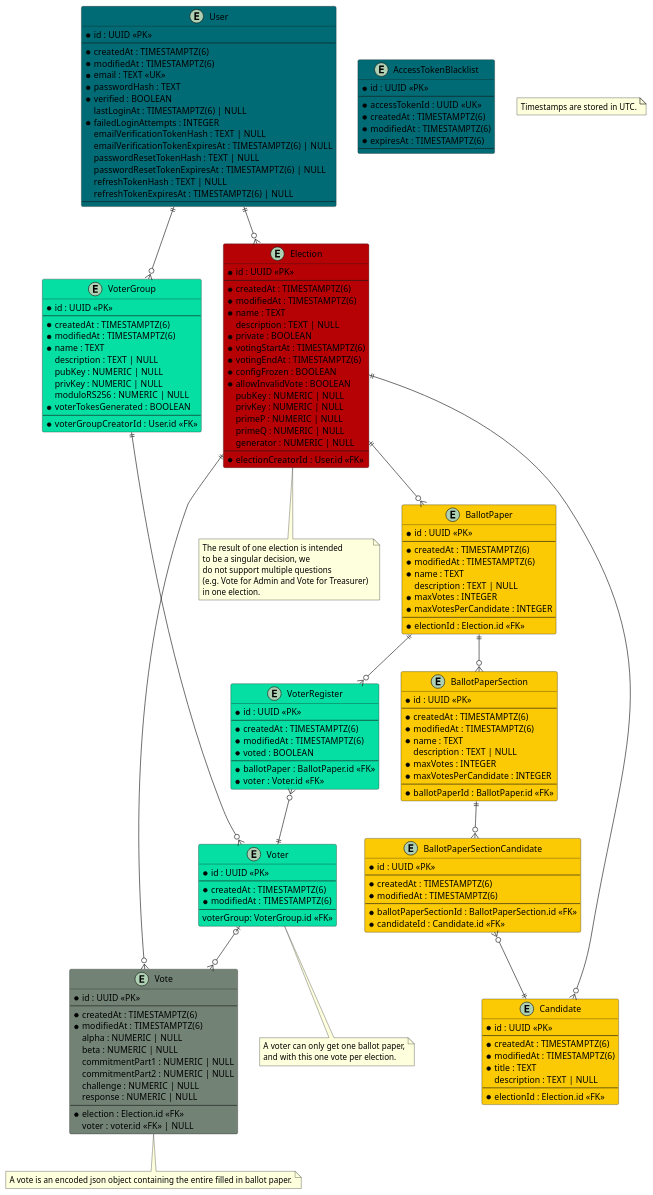
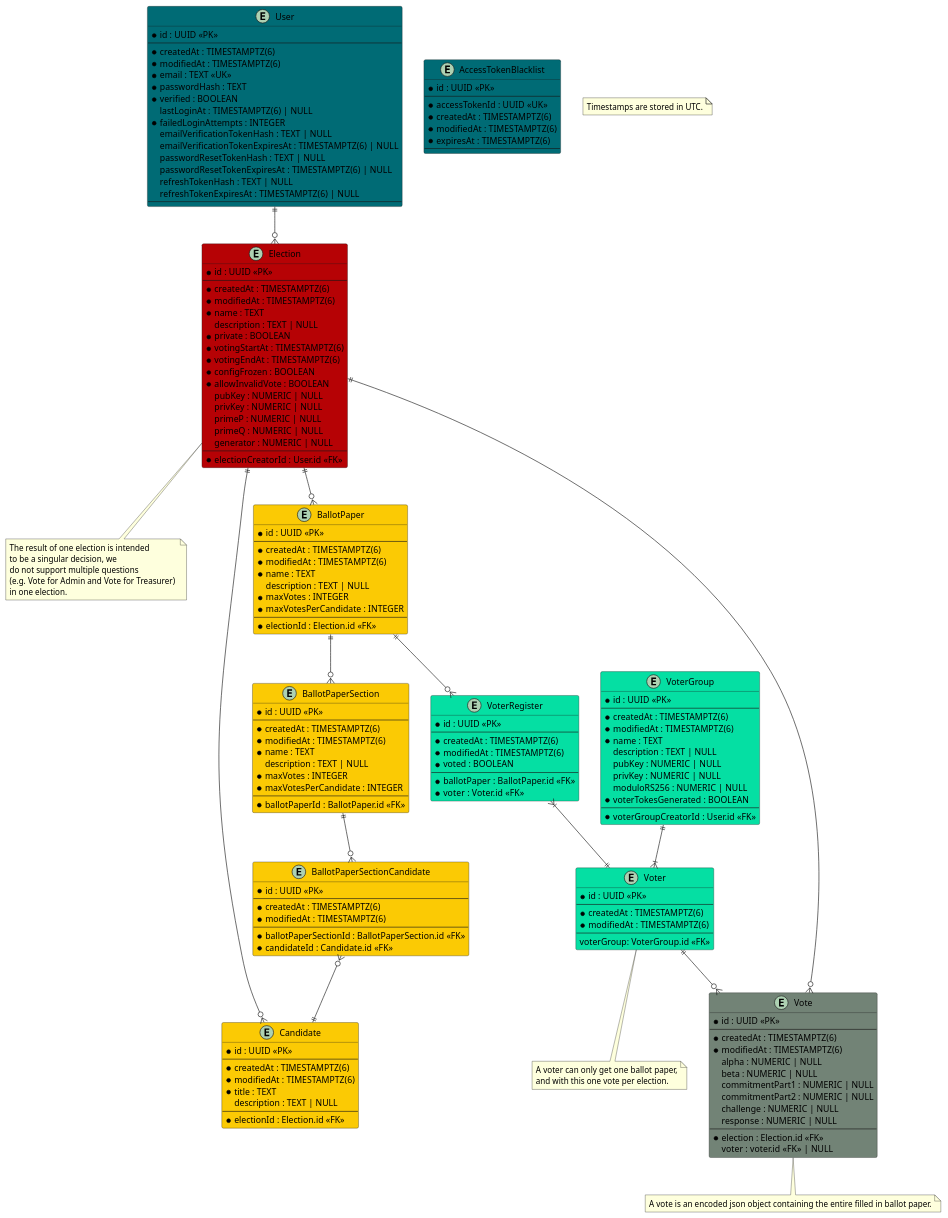
The diagram in apps/docs/static/uml/dataModel.puml (SE-UUlm/votura), drawn with PlantUML before and after one commit. The commit also changed 4 other files, not shown here.

Commit message:
#119: Update voter group schemas and documentation for clarity and constraints

```diff
--- a/apps/docs/static/uml/dataModel.puml
+++ b/apps/docs/static/uml/dataModel.puml
@@ -1,197 +1,196 @@
 @startuml dataModel
 
 entity "User" as user #006b75 {
     * id : UUID <<PK>>
     --
     * createdAt : TIMESTAMPTZ(6)
     * modifiedAt : TIMESTAMPTZ(6)
     * email : TEXT <<UK>>
     * passwordHash : TEXT
     * verified : BOOLEAN
     lastLoginAt : TIMESTAMPTZ(6) | NULL
     ' failed login attempts get reset on successful login
     * failedLoginAttempts : INTEGER
     emailVerificationTokenHash : TEXT | NULL
     emailVerificationTokenExpiresAt : TIMESTAMPTZ(6) | NULL
     passwordResetTokenHash : TEXT | NULL
     passwordResetTokenExpiresAt : TIMESTAMPTZ(6) | NULL
     refreshTokenHash : TEXT | NULL
     refreshTokenExpiresAt : TIMESTAMPTZ(6) | NULL
     --
 }
 
 entity "AccessTokenBlacklist" as jwtBlacklist #006b75 {
     ' this table is used to store blacklisted access tokens
     ' The jti is 36 characters long if we use UUIDv4
     * id : UUID <<PK>>
     --
     * accessTokenId : UUID <<UK>>
     * createdAt : TIMESTAMPTZ(6)
     * modifiedAt : TIMESTAMPTZ(6)
     * expiresAt : TIMESTAMPTZ(6)
     --
 }
 
 entity "Election" as elections #b60205 {
     * id : UUID <<PK>>
     --
     * createdAt : TIMESTAMPTZ(6)
     * modifiedAt : TIMESTAMPTZ(6)
     * name : TEXT
     description : TEXT | NULL
     * private : BOOLEAN
     * votingStartAt : TIMESTAMPTZ(6)
     * votingEndAt : TIMESTAMPTZ(6)
     * configFrozen : BOOLEAN
     * allowInvalidVote : BOOLEAN
     ' Is there a use case for `votesCounted`?
     ' * votesCounted : BOOLEAN
     ' Computed values such as validVotes and invalidVotes are critical - do we really want to store them?
     ' validVotes : NUMERIC | NULL
     ' invalidVotes : NUMERIC | NULL
     pubKey : NUMERIC | NULL
     privKey : NUMERIC | NULL
     primeP : NUMERIC | NULL
     primeQ : NUMERIC | NULL
     generator : NUMERIC | NULL
     --
     * electionCreatorId : User.id <<FK>>
 }
 
 note as N2
 The result of one election is intended 
 to be a singular decision, we 
 do not support multiple questions 
 (e.g. Vote for Admin and Vote for Treasurer) 
 in one election.
 end note
 
 entity "BallotPaper" as ballotPapers #fbca04 {
     * id : UUID <<PK>>
     --
     * createdAt : TIMESTAMPTZ(6)
     * modifiedAt : TIMESTAMPTZ(6)
     * name : TEXT
     description : TEXT | NULL
     * maxVotes : INTEGER
     * maxVotesPerCandidate : INTEGER
     --
     * electionId : Election.id <<FK>>
 }
 
 entity "BallotPaperSection" as ballotPaperSections #fbca04 {
     * id : UUID <<PK>>
     --
     * createdAt : TIMESTAMPTZ(6)
     * modifiedAt : TIMESTAMPTZ(6)
     * name : TEXT
     description : TEXT | NULL
     * maxVotes : INTEGER
     * maxVotesPerCandidate : INTEGER
     --
     * ballotPaperId : BallotPaper.id <<FK>>
 }
 
 entity "BallotPaperSectionCandidate" as ballotPaperSectionCandidates #fbca04 {
     * id : UUID <<PK>>
     --
     * createdAt : TIMESTAMPTZ(6)
     * modifiedAt : TIMESTAMPTZ(6)
     --
     * ballotPaperSectionId : BallotPaperSection.id <<FK>>
     * candidateId : Candidate.id <<FK>>
 }
 
 entity "Candidate" as candidates #fbca04 {
     * id : UUID <<PK>>
     --
     * createdAt : TIMESTAMPTZ(6)
     * modifiedAt : TIMESTAMPTZ(6)
     * title : TEXT
     description : TEXT | NULL
     --
     * electionId : Election.id <<FK>>
 }
 
 entity "Vote" as votes #728376 {
     * id : UUID <<PK>>
     --
     * createdAt : TIMESTAMPTZ(6)
     * modifiedAt : TIMESTAMPTZ(6)
     alpha : NUMERIC | NULL
     beta : NUMERIC | NULL
     commitmentPart1 : NUMERIC | NULL
     commitmentPart2 : NUMERIC | NULL
     challenge : NUMERIC | NULL
     response : NUMERIC | NULL
     --
     * election : Election.id <<FK>>
     ' if the vote isn't secret, voter can be saved
     voter : voter.id <<FK>> | NULL
 }
 note as N4
 A vote is an encoded json object containing the entire filled in ballot paper.
 end note
 
 entity "VoterRegister" as voterRegisters #05DFA3 {
     * id : UUID <<PK>>
     --
     * createdAt : TIMESTAMPTZ(6)
     * modifiedAt : TIMESTAMPTZ(6)
     * voted : BOOLEAN
     --
     * ballotPaper : BallotPaper.id <<FK>>
     * voter : Voter.id <<FK>>
 }
 
 entity "Voter" as voters #05DFA3 {
     * id : UUID <<PK>>
     --
     * createdAt : TIMESTAMPTZ(6)
     * modifiedAt : TIMESTAMPTZ(6)
     --
     voterGroup: VoterGroup.id <<FK>>
 }
 note as N3
 A voter can only get one ballot paper,
 and with this one vote per election.
 end note
 
 entity "VoterGroup" as voterGroups #05DFA3 {
     * id : UUID <<PK>>
     --
     * createdAt : TIMESTAMPTZ(6)
     * modifiedAt : TIMESTAMPTZ(6)
     * name : TEXT
     description : TEXT | NULL
     pubKey : NUMERIC | NULL
     privKey : NUMERIC | NULL
     moduloRS256 : NUMERIC | NULL
     * voterTokesGenerated : BOOLEAN
     --
     * voterGroupCreatorId : User.id <<FK>>
 }
 
 note as N1
 Timestamps are stored in UTC.
 end note
 
 user ||--o{ elections
-user ||--o{ voterGroups
 elections ||--o{ ballotPapers
 elections -- N2
 elections ||--o{ candidates
 ballotPapers ||--o{ voterRegisters
-voterRegisters }o--|| voters
+voterRegisters }|--|| voters
 ballotPapers ||--o{ ballotPaperSections
 ' ballotPaperSections -- C_2
 ballotPaperSections ||--o{ ballotPaperSectionCandidates
 ballotPaperSectionCandidates }o--|| candidates
 votes }o--|| elections
-voters |o--o{ votes
-voterGroups ||--o{ voters
+voters ||--o{ votes
+voterGroups ||--|{ voters
 voters -- N3
 votes -- N4
 
 
 @enduml
```
